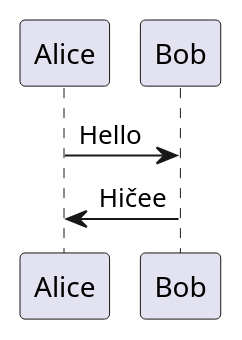
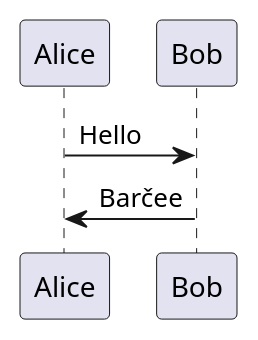
Before and after one commit to Trails-Through-Shadows/TTS-Thesis: the diagram in mik0486/src/diagrams/test.puml, drawn with PlantUML. The commit also changed 3 other files, not shown here.

```diff
--- a/mik0486/src/diagrams/test.puml
+++ b/mik0486/src/diagrams/test.puml
@@ -1,4 +1,4 @@
 @startuml
 Alice -> Bob: Hello
-Bob -> Alice: Hičee
+Bob -> Alice: Barčee
 @enduml
```
